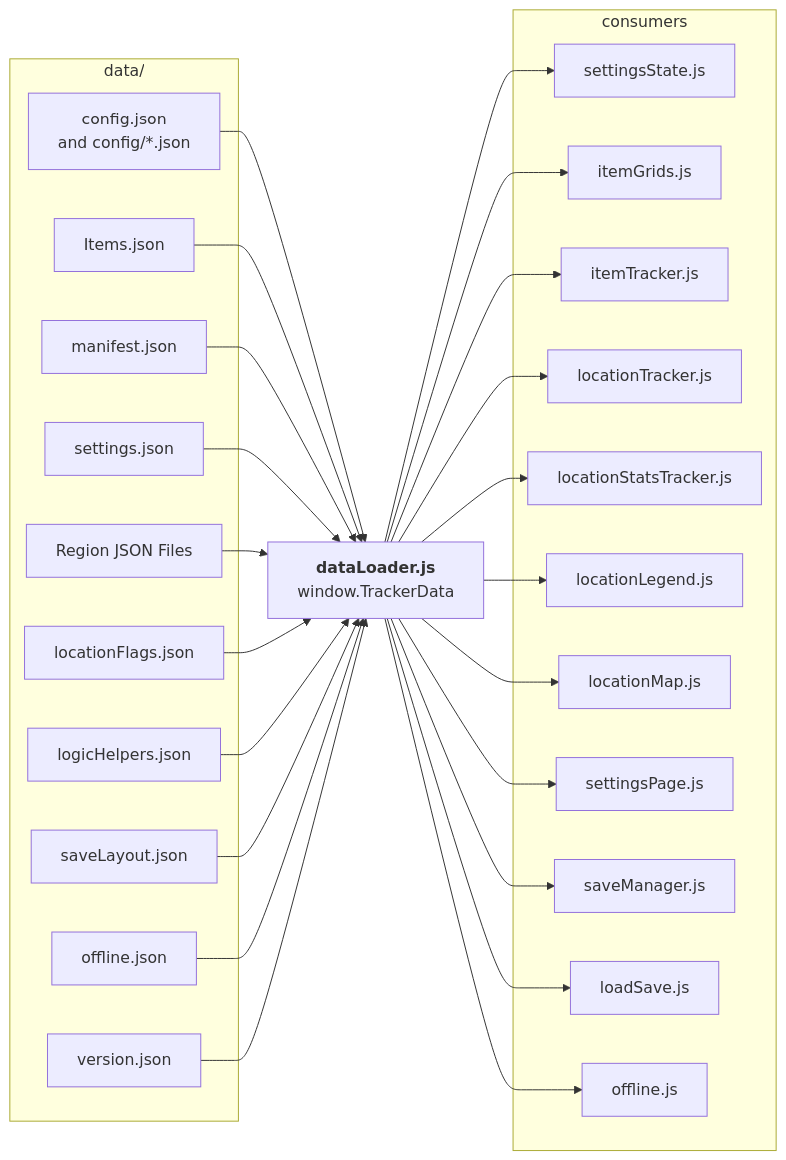
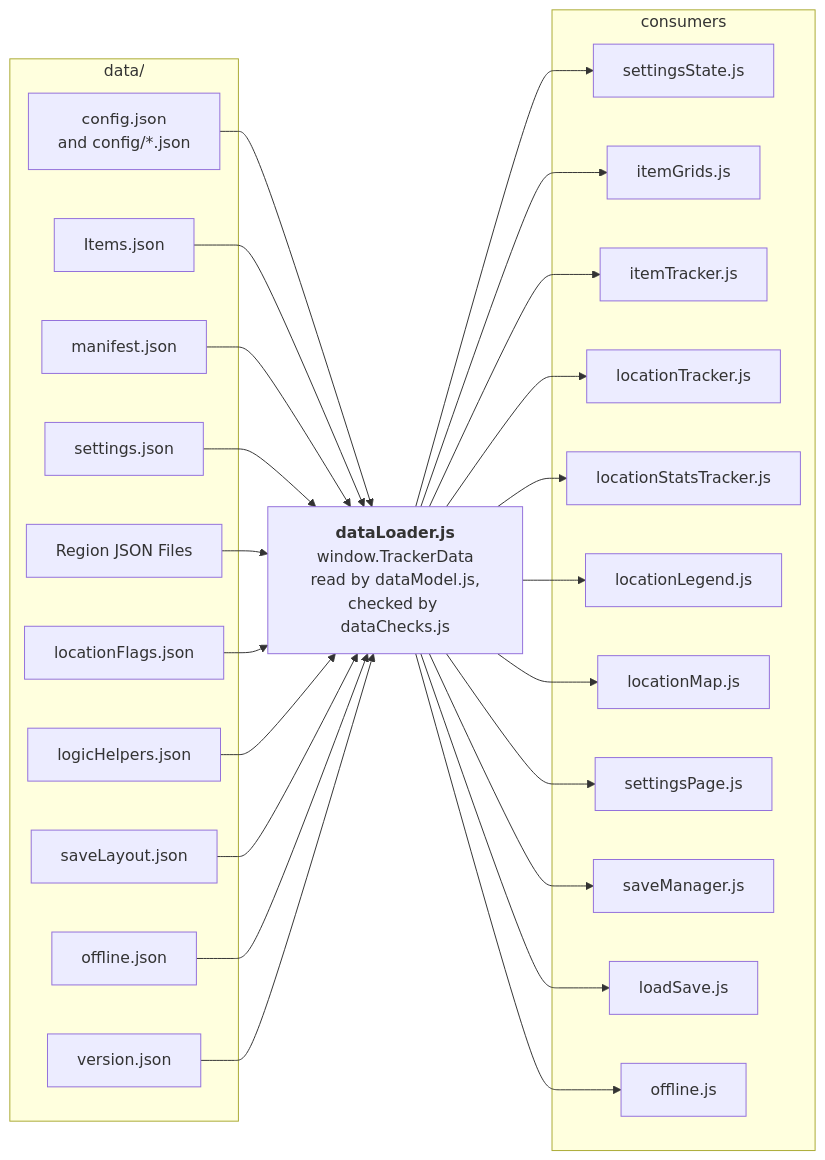
One commit to GonzaloJMora/mm3drTracker changed the fourth of 20 diagrams in documentation/architecture-diagram.md. Above: the diagram before and after it, drawn with Mermaid. The commit also changed other lines of this file and 18 other files, not shown here.

Commit message:
moved data checks into a centralized file (#10)

````diff
--- a/documentation/architecture-diagram.md
+++ b/documentation/architecture-diagram.md
@@ -88,54 +89,54 @@
 ```mermaid
 %%{init: {"flowchart": {"rankSpacing": 30}}}%%
 flowchart LR
     subgraph D["data/"]
         CFG["config.json<br/>and config/*.json"]
         ITM["Items.json"]
         MAN["manifest.json"]
         SET["settings.json"]
         REG["Region JSON Files"]
         FLG["locationFlags.json"]
         HLP["logicHelpers.json"]
         LAY["saveLayout.json"]
         OFF["offline.json"]
         VER["version.json"]
     end
 
-    DL["<b>dataLoader.js</b><br/>window.TrackerData"]
+    DL["<b>dataLoader.js</b><br/>window.TrackerData<br/>read by dataModel.js,<br/>checked by dataChecks.js"]
 
     subgraph CONS["consumers"]
         SS["settingsState.js"]
         IG["itemGrids.js"]
         IT["itemTracker.js"]
         LT["locationTracker.js"]
         LST["locationStatsTracker.js"]
         LEG["locationLegend.js"]
         LM["locationMap.js"]
         SPJ["settingsPage.js"]
         SM["saveManager.js"]
         LSV["loadSave.js"]
         OFJ["offline.js"]
     end
 
     CFG --> DL
     ITM --> DL
     MAN --> DL
     SET --> DL
     REG --> DL
     FLG --> DL
     HLP --> DL
     LAY --> DL
     OFF --> DL
     VER --> DL
     DL --> SS
     DL --> IG
     DL --> IT
     DL --> LT
     DL --> LST
     DL --> LEG
     DL --> LM
     DL --> SPJ
     DL --> SM
     DL --> LSV
     DL --> OFJ
 ```
````
